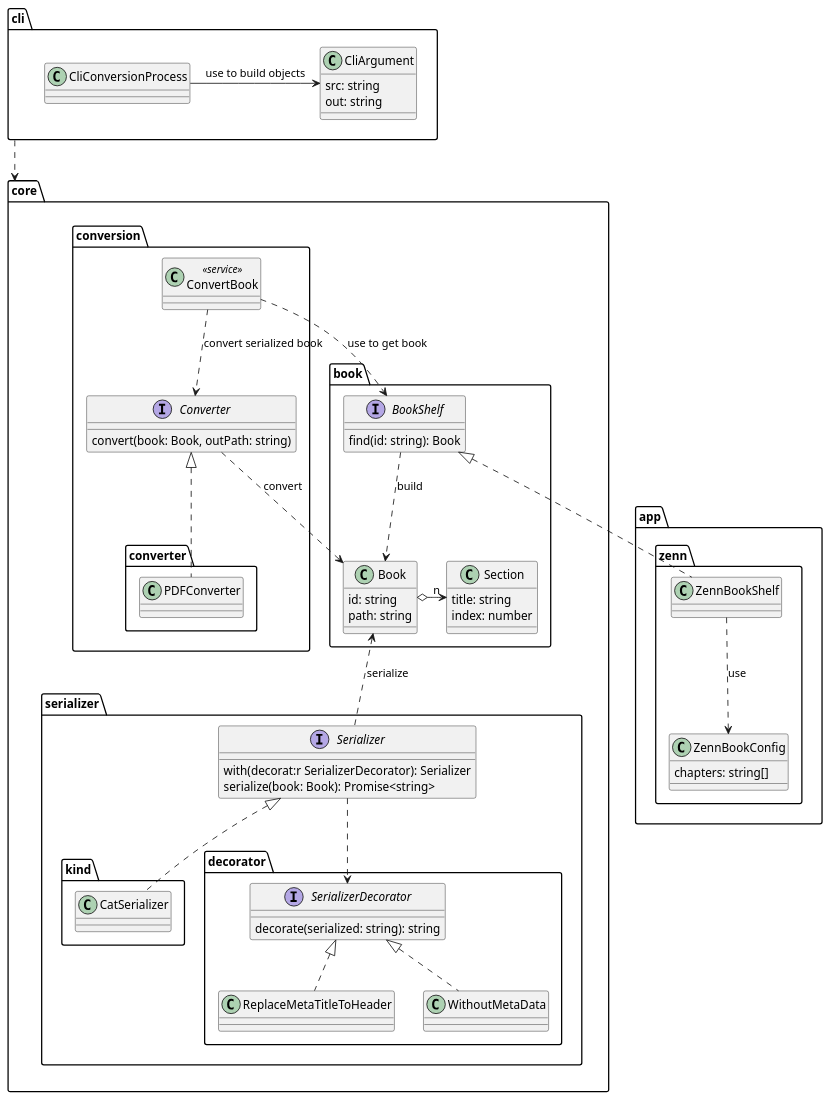
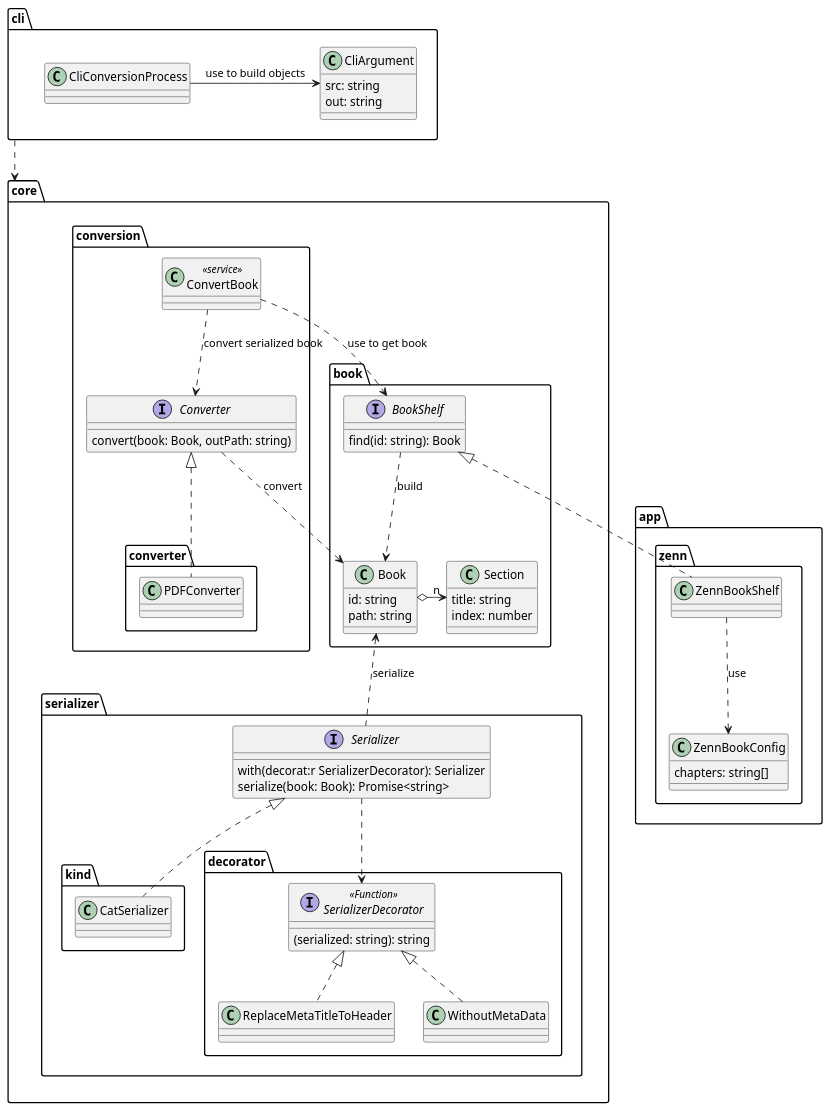
One commit to tooppoo/zenn-docs changed the diagram in scripts/books/book-to-pdf/docs/model.puml. Above: the diagram before and after it, drawn with PlantUML. The commit also changed 2 other files, not shown here.

```diff
--- a/scripts/books/book-to-pdf/docs/model.puml
+++ b/scripts/books/book-to-pdf/docs/model.puml
@@ -1,84 +1,84 @@
 @startuml model to build pdf from markdown
 package core {
   package book {
     class Book {
       id: string
       path: string
     }
     class Section {
       title: string
       index: number
     }
 
     Book o-r-> "n" Section
 
     interface BookShelf {
       find(id: string): Book
     }
     BookShelf ..> Book : build
   }
 
   package serializer {
     interface Serializer {
       with(decorat:r SerializerDecorator): Serializer
       serialize(book: Book): Promise<string>
     }
     Serializer .u.> Book : serialize
 
     package kind {
       CatSerializer .u.|> Serializer
     }
 
     package decorator {
-      interface SerializerDecorator {
-        decorate(serialized: string): string
+      interface SerializerDecorator << Function >> {
+        (serialized: string): string
       }
 
       ReplaceMetaTitleToHeader .u.|> SerializerDecorator
       WithoutMetaData .u.|> SerializerDecorator
     }
     Serializer ..> SerializerDecorator
 
   }
 
   package conversion {
     interface Converter {
       convert(book: Book, outPath: string)
     }
     Converter ..> Book : convert
 
     class ConvertBook << service >>
     ConvertBook ..> Converter : convert serialized book
     ConvertBook ..> BookShelf : use to get book
 
     package converter {
       class PDFConverter
       PDFConverter .u.|> Converter
     }
   }
 }
 
 package app {
   package zenn {
     class ZennBookShelf
     ZennBookShelf .u.|> BookShelf
 
     class ZennBookConfig {
       chapters: string[]
     }
     ZennBookShelf ..> ZennBookConfig : use
   }
 }
 
 package cli {
   class CliArgument {
     src: string
     out: string
   }
 
   class CliConversionProcess
   CliConversionProcess -r-> CliArgument : use to build objects
 }
 
 cli ..> core
 @enduml
```
